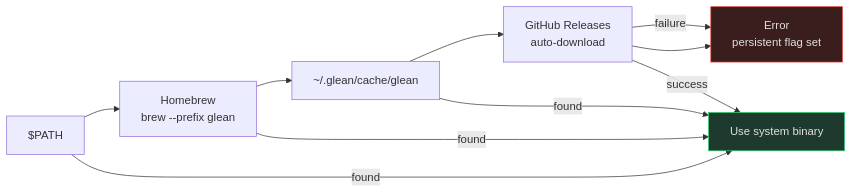
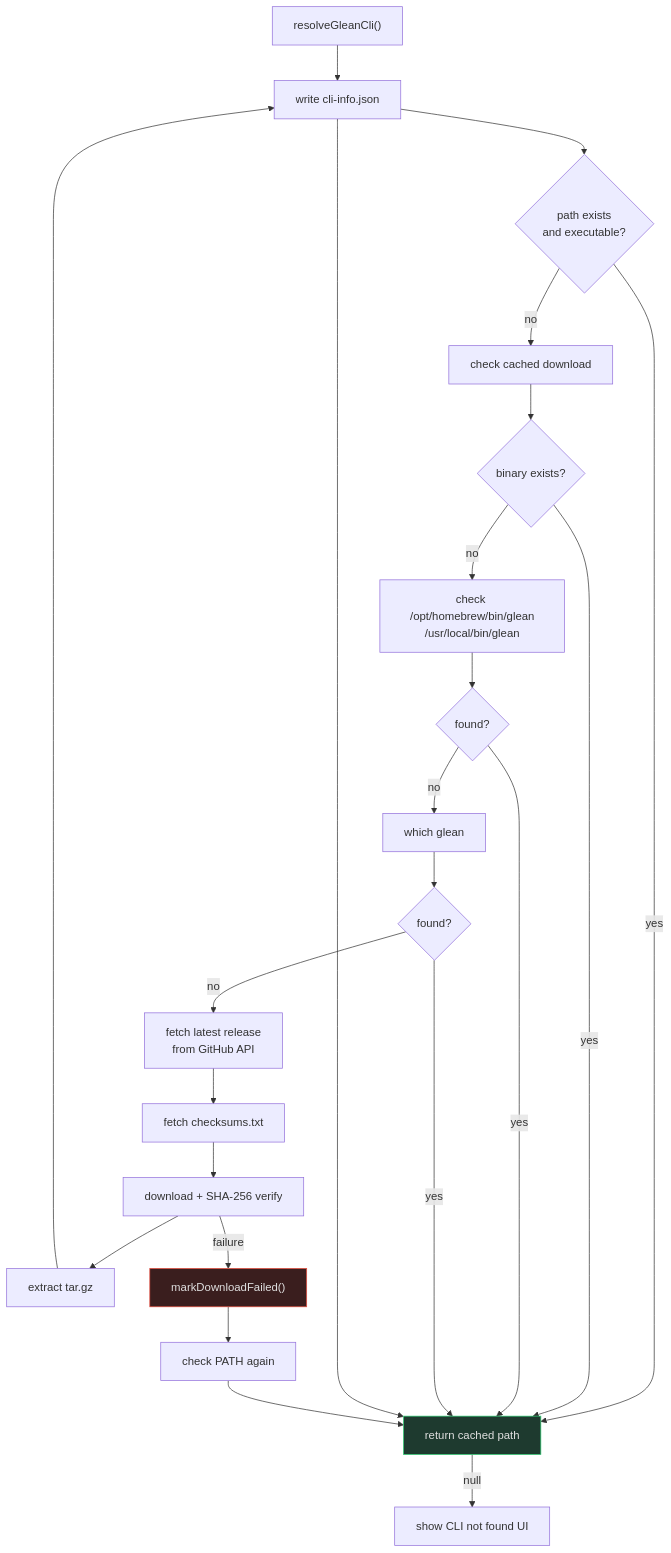
The fifth of 7 diagrams in docs/reference/architecture.md (faizhasim/glean-search), drawn with Mermaid before and after one commit. The commit also changed other lines of this file and 47 other files, not shown here.

First line of the commit message:
docs: nord theme, C4 architecture, grid cards, dash fixes

````diff
--- a/docs/reference/architecture.md
+++ b/docs/reference/architecture.md
@@ -81,16 +155,28 @@
 ```mermaid
-flowchart LR
-    P["$PATH"] --> H["Homebrew<br/>brew --prefix glean"]
-    H --> C["~/.glean/cache/glean"]
-    C --> G["GitHub Releases<br/>auto-download"]
-    G --> E["Error<br/>persistent flag set"]
+flowchart TB
+    Start["resolveGleanCli()"] --> Cache["read cli-info.json"]
+    Cache --> Cached{"path exists<br/>and executable?"}
+    Cached -->|"yes"| Return["return cached path"]
+    Cached -->|"no"| Download["check cached download"]
+    Download --> Downloaded{"binary exists?"}
+    Downloaded -->|"yes"| Return
+    Downloaded -->|"no"| Homebrew["check /opt/homebrew/bin/glean<br/>/usr/local/bin/glean"]
+    Homebrew --> BrewFound{"found?"}
+    BrewFound -->|"yes"| Return
+    BrewFound -->|"no"| Which["which glean"]
+    Which --> WhichFound{"found?"}
+    WhichFound -->|"yes"| Return
+    WhichFound -->|"no"| GitHub["fetch latest release<br/>from GitHub API"]
+    GitHub --> Checksum["fetch checksums.txt"]
+    Checksum --> Verify["download + SHA-256 verify"]
+    Verify --> Extract["extract tar.gz"]
+    Extract --> Cache["write cli-info.json"]
+    Cache --> Return
+    Verify -->|"failure"| Fail["markDownloadFailed()"]
+    Fail --> Path["check PATH again"]
+    Path --> Return
+    Return -->|"null"| UI["show CLI not found UI"]
 
-    P -->|found| OK["Use system binary"]
-    H -->|found| OK
-    C -->|found| OK
-    G -->|success| OK
-    G -->|failure| E
-
-    style OK fill:#1e3a2f,stroke:#2ecc71,color:#e0e0e0
-    style E fill:#3a1e1e,stroke:#e74c3c,color:#e0e0e0
+    style Return fill:#1e3a2f,stroke:#2ecc71,color:#e0e0e0
+    style Fail fill:#3a1e1e,stroke:#e74c3c,color:#e0e0e0
 ```
````
